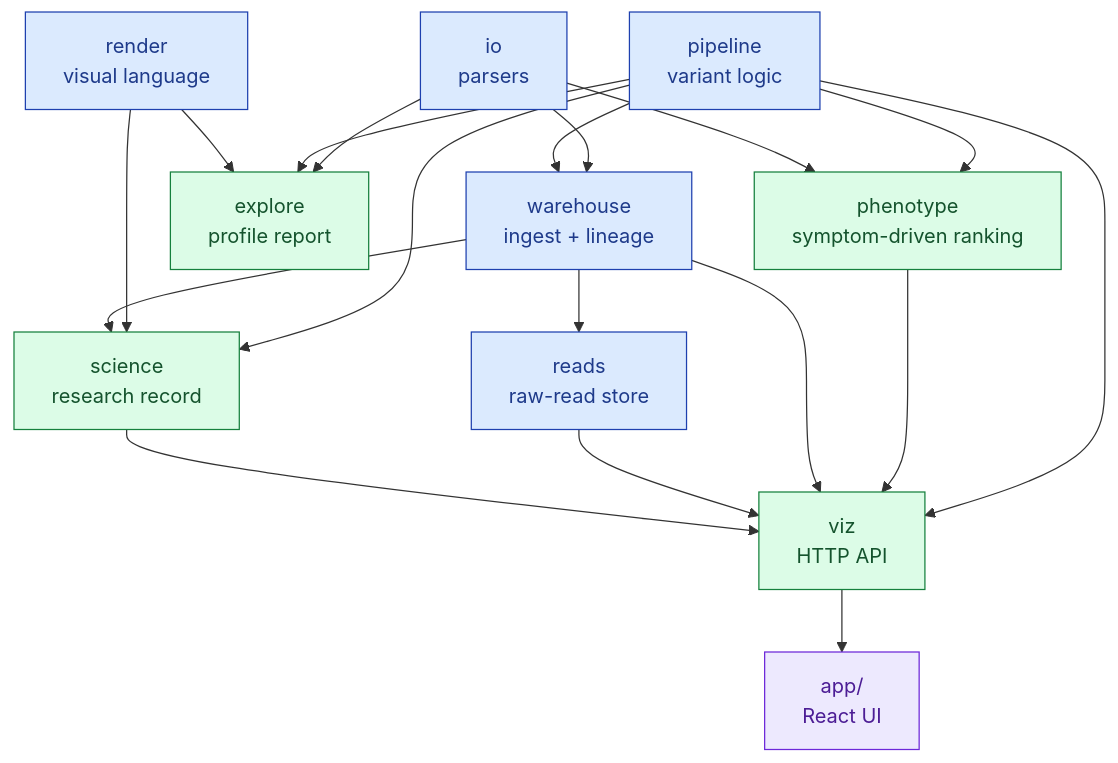
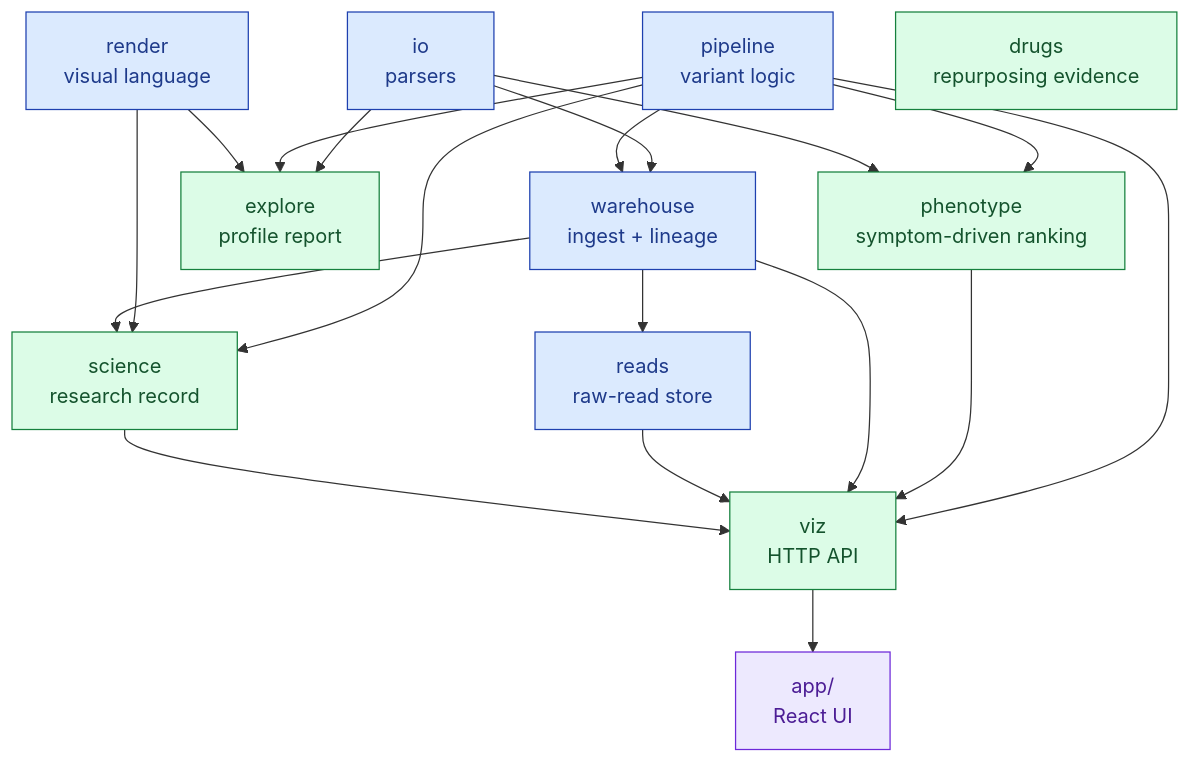
The diagram in src/mva/README.md (agharsallah/mva-hackathon), drawn with Mermaid before and after one commit. The commit also changed other lines of this file and 42 other files, not shown here.

````diff
--- a/src/mva/README.md
+++ b/src/mva/README.md
@@ -22,35 +24,36 @@
 ```mermaid
 graph TD
     io[io<br/>parsers]:::machine
     render[render<br/>visual language]:::machine
     pipeline[pipeline<br/>variant logic]:::machine
     warehouse[warehouse<br/>ingest + lineage]:::machine
     reads[reads<br/>raw-read store]:::machine
     science[science<br/>research record]:::goal
     explore[explore<br/>profile report]:::goal
     viz[viz<br/>HTTP API]:::goal
     app[app/<br/>React UI]:::raw
 
     io --> warehouse
     io --> explore
     pipeline --> warehouse
     pipeline --> science
     pipeline --> explore
     pipeline --> viz
     phenotype[phenotype<br/>symptom-driven ranking]:::goal
+    drugs[drugs<br/>repurposing evidence]:::goal
     pipeline --> phenotype
     io --> phenotype
     phenotype --> viz
     render --> science
     render --> explore
     warehouse --> science
     warehouse --> reads
     warehouse --> viz
     reads --> viz
     science --> viz
     viz --> app
 
     classDef machine fill:#dbeafe,stroke:#1e40af,color:#1e3a8a
     classDef goal fill:#dcfce7,stroke:#15803d,color:#14532d
     classDef raw fill:#ede9fe,stroke:#6d28d9,color:#4c1d95
 ```
````
